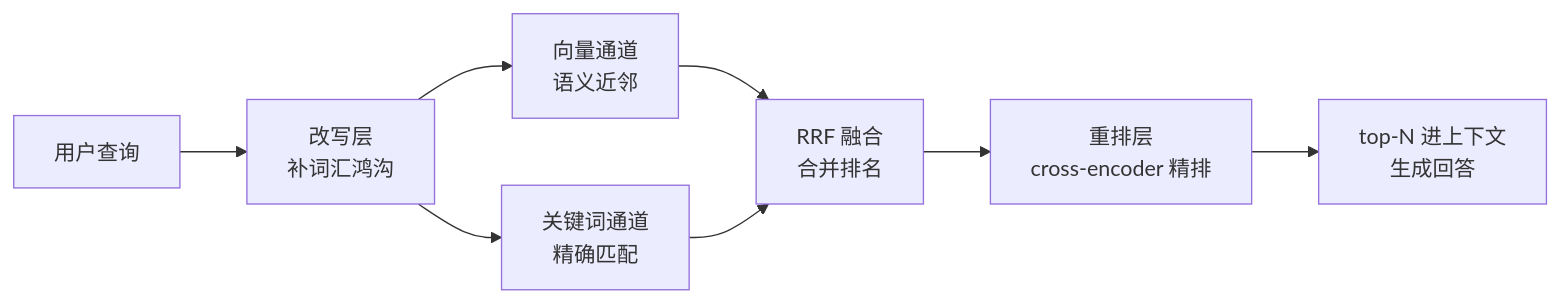
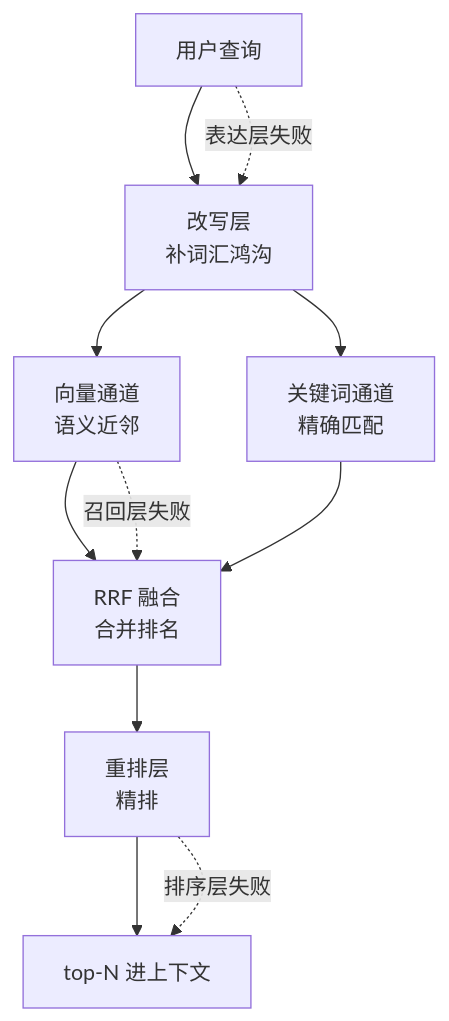
One commit to hub138/technical-knowledge changed the first of 3 diagrams in vault/工程知识/AI 系统工程：从模型能力到生产能力/知识与检索/混合检索、重排与查询改写各自解决什么问题.md. Above: the diagram before and after it, drawn with Mermaid. The commit also changed other lines of this file and 622 other files, not shown here.

````diff
--- a/vault/工程知识/AI 系统工程：从模型能力到生产能力/知识与检索/混合检索、重排与查询改写各自解决什么问题.md
+++ b/vault/工程知识/AI 系统工程：从模型能力到生产能力/知识与检索/混合检索、重排与查询改写各自解决什么问题.md
@@ -43,10 +62,13 @@
 ```mermaid
-flowchart LR
+flowchart TD
     Q["用户查询"] --> R["改写层<br/>补词汇鸿沟"]
     R --> V["向量通道<br/>语义近邻"]
     R --> K["关键词通道<br/>精确匹配"]
     V --> F["RRF 融合<br/>合并排名"]
     K --> F
-    F --> X["重排层<br/>cross-encoder 精排"]
-    X --> G["top-N 进上下文<br/>生成回答"]
+    F --> X["重排层<br/>精排"]
+    X --> G["top-N 进上下文"]
+    Q -.->|"表达层失败"| R
+    V -.->|"召回层失败"| F
+    X -.->|"排序层失败"| G
 ```
````
